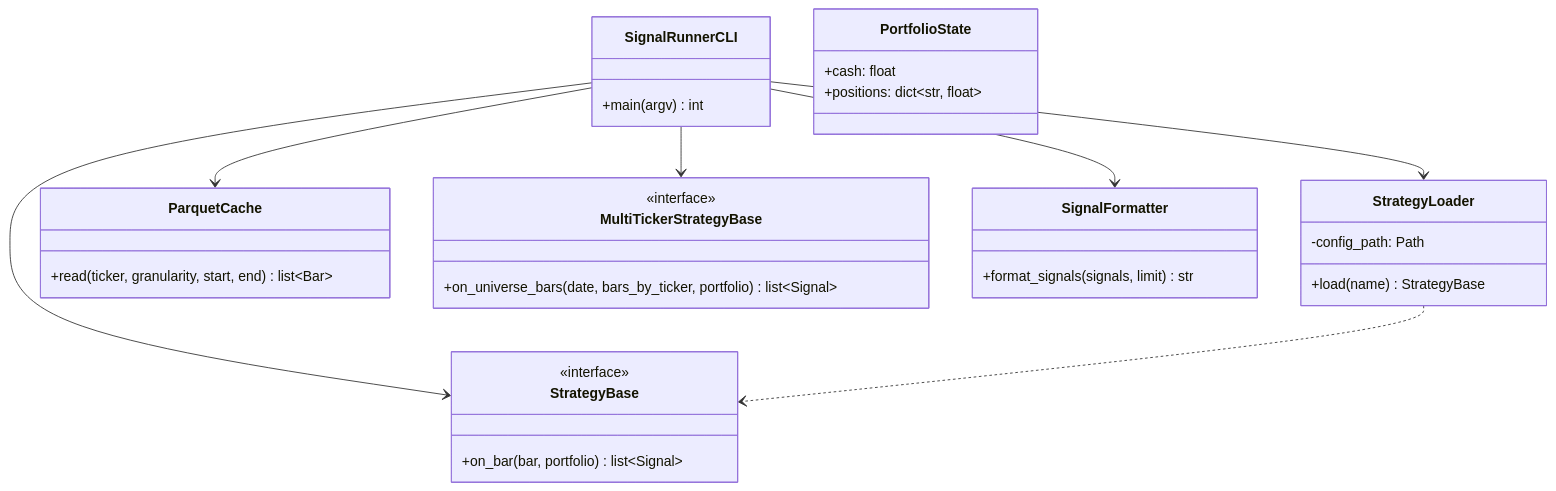
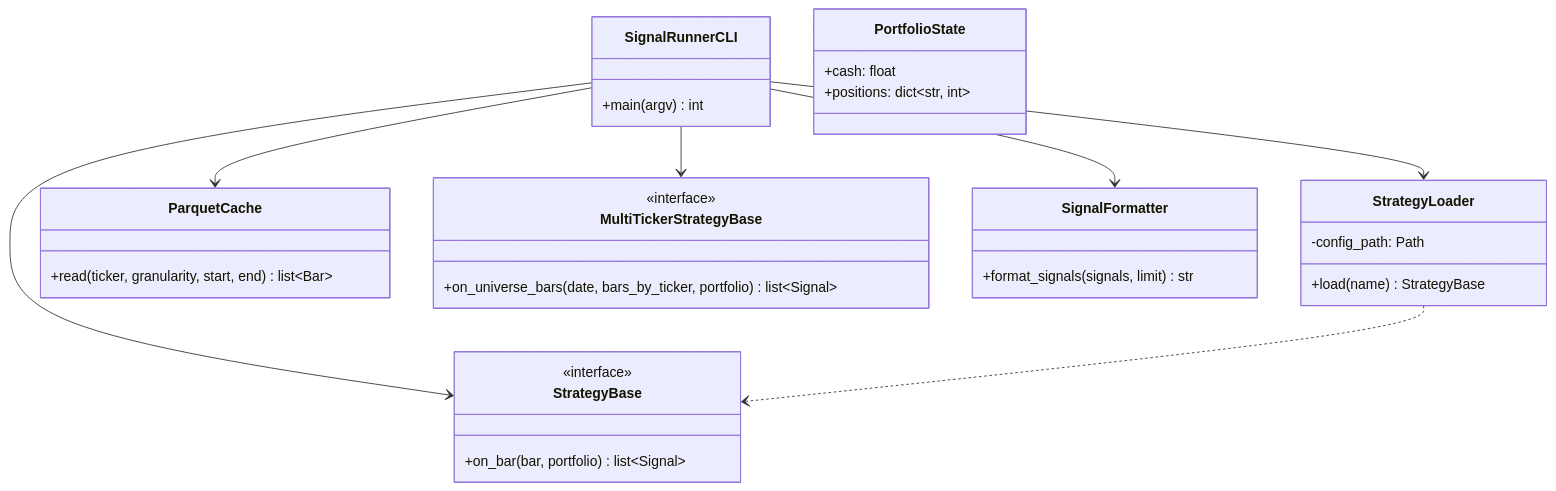
Before and after one commit to Tobi-B/quant_trader: the first of 3 diagrams in docs/uml/p2-strategies/runner.md, drawn with Mermaid. The commit also changed 3 other files, not shown here.

````diff
--- a/docs/uml/p2-strategies/runner.md
+++ b/docs/uml/p2-strategies/runner.md
@@ -17,35 +17,35 @@
 ```mermaid
 classDiagram
     class SignalRunnerCLI {
         +main(argv) int
     }
     class StrategyLoader {
         -config_path: Path
         +load(name) StrategyBase
     }
     class ParquetCache {
         +read(ticker, granularity, start, end) list~Bar~
     }
     class StrategyBase {
         <<interface>>
         +on_bar(bar, portfolio) list~Signal~
     }
     class MultiTickerStrategyBase {
         <<interface>>
         +on_universe_bars(date, bars_by_ticker, portfolio) list~Signal~
     }
     class SignalFormatter {
         +format_signals(signals, limit) str
     }
     class PortfolioState {
         +cash: float
-        +positions: dict~str, float~
+        +positions: dict~str, int~
     }
 
     SignalRunnerCLI --> StrategyLoader
     SignalRunnerCLI --> ParquetCache
     SignalRunnerCLI --> SignalFormatter
     SignalRunnerCLI --> StrategyBase
     SignalRunnerCLI --> MultiTickerStrategyBase
     StrategyLoader ..> StrategyBase
 ```
````
